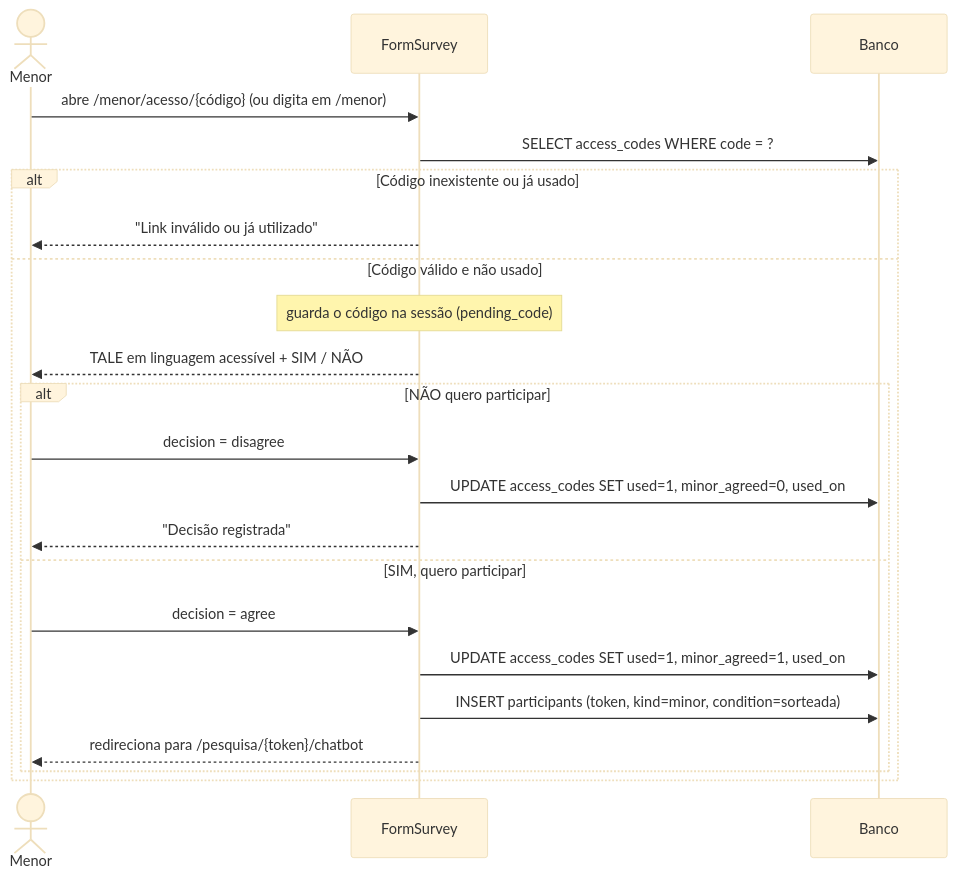
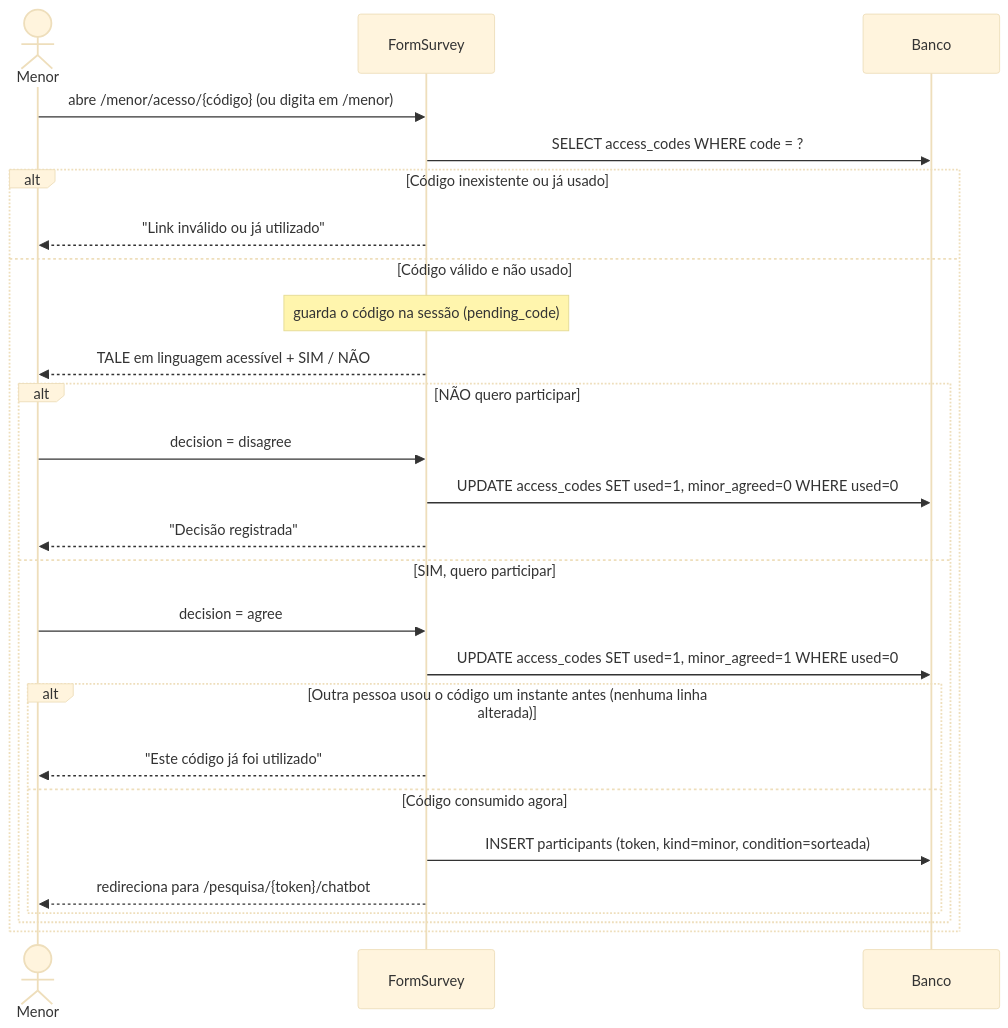
The fourth of 10 diagrams in README.md (wellfurtado/FormSurvey), drawn with Mermaid (base theme) before and after one commit. The commit also changed other lines of this file and 6 other files, not shown here.

````diff
--- a/README.md
+++ b/README.md
@@ -258,24 +265,28 @@
 ```mermaid
 sequenceDiagram
     actor M as Menor
     participant S as FormSurvey
     participant DB as Banco
     M->>S: abre /menor/acesso/{código} (ou digita em /menor)
     S->>DB: SELECT access_codes WHERE code = ?
     alt Código inexistente ou já usado
         S-->>M: "Link inválido ou já utilizado"
     else Código válido e não usado
         Note over S: guarda o código na sessão (pending_code)
         S-->>M: TALE em linguagem acessível + SIM / NÃO
         alt NÃO quero participar
             M->>S: decision = disagree
-            S->>DB: UPDATE access_codes SET used=1, minor_agreed=0, used_on
+            S->>DB: UPDATE access_codes SET used=1, minor_agreed=0 WHERE used=0
             S-->>M: "Decisão registrada"
         else SIM, quero participar
             M->>S: decision = agree
-            S->>DB: UPDATE access_codes SET used=1, minor_agreed=1, used_on
-            S->>DB: INSERT participants (token, kind=minor, condition=sorteada)
-            S-->>M: redireciona para /pesquisa/{token}/chatbot
+            S->>DB: UPDATE access_codes SET used=1, minor_agreed=1 WHERE used=0
+            alt Outra pessoa usou o código um instante antes (nenhuma linha alterada)
+                S-->>M: "Este código já foi utilizado"
+            else Código consumido agora
+                S->>DB: INSERT participants (token, kind=minor, condition=sorteada)
+                S-->>M: redireciona para /pesquisa/{token}/chatbot
+            end
         end
     end
 ```
````
